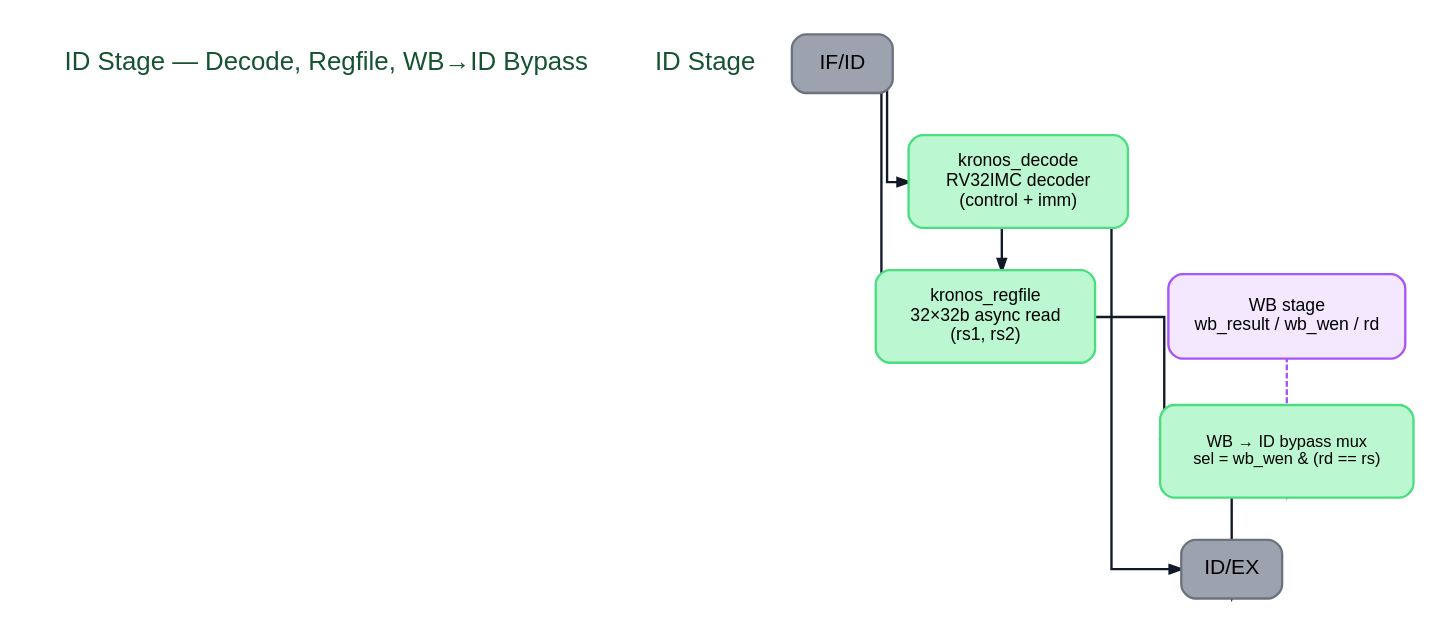
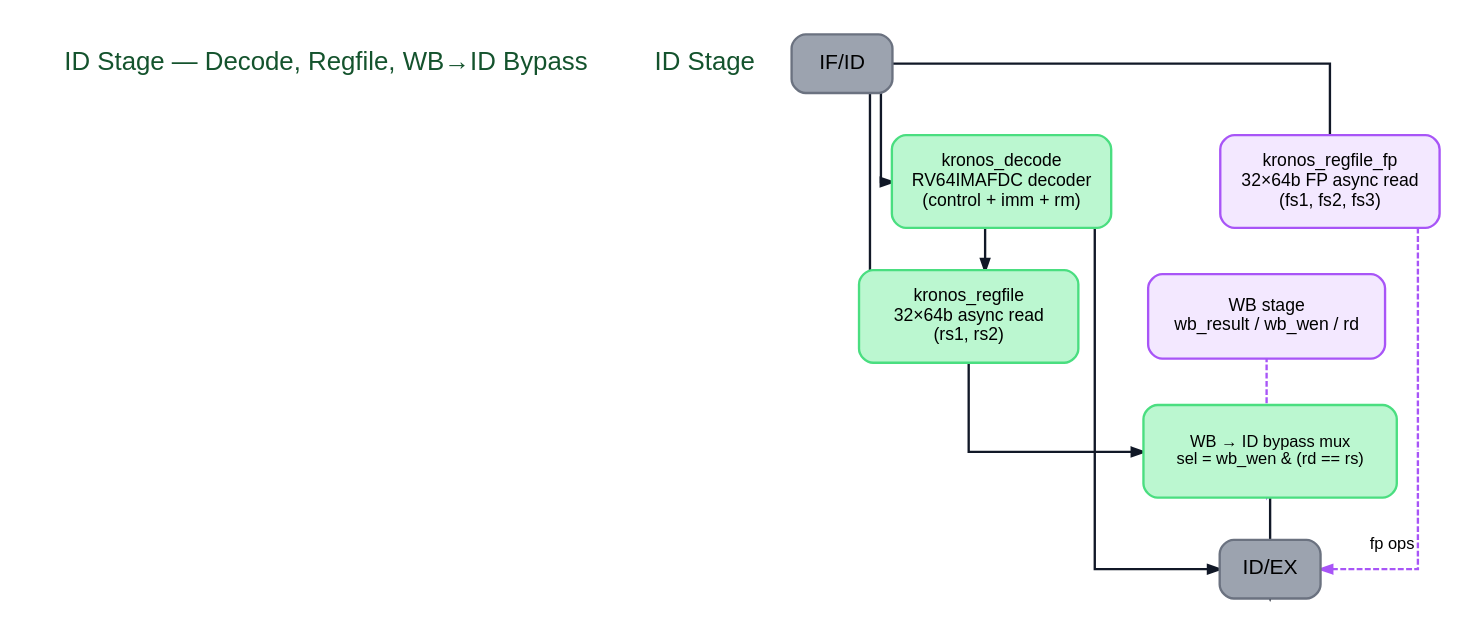
One commit to vladdum/kronos-riscv changed the diagram in docs/diagrams/src/id-stage.dot. Above: the diagram before and after it, drawn with Graphviz. The commit also changed 16 other files, not shown here.

First line of the commit message:
docs: rework pipeline diagrams and extend architecture.md to Stage 5b

```diff
--- a/docs/diagrams/src/id-stage.dot
+++ b/docs/diagrams/src/id-stage.dot
@@ -1,76 +1,88 @@
 digraph id_stage {
   // ────────────────────────────────────────────────────────────────
   // ID Stage — decoder, regfile, WB→ID bypass mux.
   // Layout: neato -n2 (pinned positions, orthogonal routing).
   //
   // Symmetric layout:
   //   Pipeline axis runs horizontally at y=300.
   //   decode and regfile are mirrored about the axis (Δy = ±120).
   //   Internal column is centered between IF/ID and ID/EX (Δx = 320).
   //   Bypass chain (bypass_mux → WB stage) sits directly below ID/EX.
   // ────────────────────────────────────────────────────────────────
   graph [
     splines     = ortho,
     pad         = 0.3,
     outputorder = edgesfirst,
     fontname    = "Helvetica",
   ];
 
   node [
     shape    = box,
     style    = "filled,rounded",
     fontname = "Helvetica",
     fontsize = 18,
     penwidth = 2,
   ];
 
   edge [
     fontname = "Helvetica",
     fontsize = 14,
     penwidth = 2,
     color    = "#111827",
   ];
 
   // Title
   title [pos="580,600!", label="ID Stage — Decode, Regfile, WB→ID Bypass",
          shape=plaintext, style="", fontsize=22, fontcolor="#14532d"];
 
   // Group label
   id_label [pos="580,520!", label="ID Stage",
             shape=plaintext, style="", fontsize=22, fontcolor="#14532d"];
 
   // ── Pipeline axis (y=300) ───────────────────────────────────────
   if_id_reg [pos="80,300!", label="IF/ID",
              fillcolor="#9ca3af", color="#6b7280", fontsize=18,
              width=1.2, height=0.7, fixedsize=true];
   id_ex_reg [pos="1080,300!", label="ID/EX",
              fillcolor="#9ca3af", color="#6b7280", fontsize=18,
              width=1.2, height=0.7, fixedsize=true];
 
   // ── ID internals (mirrored about y=300) ────────────────────────
-  decode  [pos="580,440!", label="kronos_decode\nRV32IMC decoder\n(control + imm)",
+  decode  [pos="580,440!", label="kronos_decode\nRV64IMAFDC decoder\n(control + imm + rm)",
            fillcolor="#bbf7d0", color="#4ade80", fontsize=15,
            width=2.6, height=1.1, fixedsize=true];
-  regfile [pos="580,160!", label="kronos_regfile\n32×32b async read\n(rs1, rs2)",
+  regfile [pos="580,160!", label="kronos_regfile\n32×64b async read\n(rs1, rs2)",
            fillcolor="#bbf7d0", color="#4ade80", fontsize=15,
            width=2.6, height=1.1, fixedsize=true];
 
   // ── Bypass chain (below ID/EX, centered under it) ──────────────
   bypass_mux [pos="1080,140!", label="WB → ID bypass mux\nsel = wb_wen & (rd == rs)",
               fillcolor="#bbf7d0", color="#4ade80", fontsize=14,
               width=3.0, height=1.1, fixedsize=true];
   wb_result  [pos="1080,0!", label="WB stage\nwb_result / wb_wen / rd",
               fillcolor="#f3e8ff", color="#a855f7", fontsize=15,
               width=2.8, height=1.0, fixedsize=true];
+  regfile_fp [pos="580,-160!", label="kronos_regfile_fp\n32×64b FP async read\n(fs1, fs2, fs3)",
+              fillcolor="#f3e8ff", color="#a855f7", fontsize=15,
+              width=2.6, height=1.1, fixedsize=true];
 
   // ── Edges (unlabeled — color + box labels carry meaning) ──────
   if_id_reg  -> decode  [tailport=e, headport=w];
   if_id_reg  -> regfile [tailport=e, headport=w];
   decode     -> regfile [tailport=s, headport=n];
   regfile    -> bypass_mux [tailport=e, headport=w];
   decode     -> id_ex_reg  [tailport=e, headport=w];
   bypass_mux -> id_ex_reg  [tailport=n, headport=s];
 
   // WB bypass (dashed purple) — enters bypass_mux from south
   wb_result -> bypass_mux [color="#a855f7", style=dashed, tailport=n, headport=s];
+
+  // Waypoint routes regfile_fp→id_ex_reg around the right side of bypass_mux and wb_result.
+  // x=1220 clears bypass_mux right face (1188) and wb_result right face (1181).
+  wp_fp_right [pos="1220,70!", style=invis, label="", shape=point, width=0.01, height=0.01];
+
+  // FP regfile reads — addresses from IF/ID, operands to ID/EX
+  if_id_reg   -> regfile_fp   [tailport=e, headport=w];
+  regfile_fp  -> wp_fp_right  [color="#a855f7", style=dashed, penwidth=2, arrowhead=none];
+  wp_fp_right -> id_ex_reg    [color="#a855f7", style=dashed, penwidth=2, headport=e, xlabel="fp ops"];
 }
```
